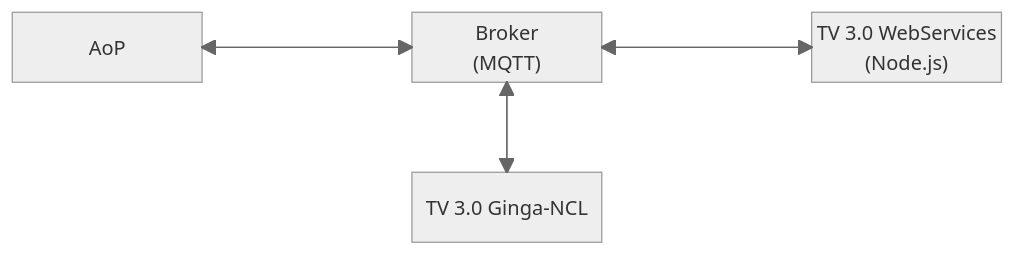
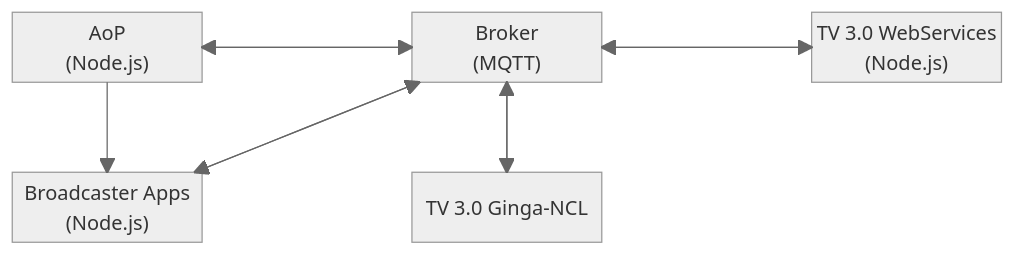
The diagram in README.md (multisens/GingaDistrib), drawn with Mermaid before and after one commit. The commit also changed other lines of this file and 1 other file, not shown here.

Commit message:
Bugfix in streams

````diff
--- a/README.md
+++ b/README.md
@@ -22,18 +23,21 @@
 ```mermaid
 ---
 config:
   look: handDrawn
   theme: neutral
 ---
 block-beta
    columns 5
-   TV["AoP"] space B["Broker\n(MQTT)"] space WS["TV 3.0 WebServices\n(Node.js)"]
+   TV["AoP\n(Node.js)"] space B["Broker\n(MQTT)"] space WS["TV 3.0 WebServices\n(Node.js)"]
    TV --> B
    B --> TV
    WS --> B
    B --> WS
    space:5
-   space:2 NCL["TV 3.0 Ginga-NCL"]
+   APP["Broadcaster Apps\n(Node.js)"] space NCL["TV 3.0 Ginga-NCL"]
    B --> NCL
    NCL --> B
+   TV --> APP
+   APP --> B
+   B --> APP
 ```
````
